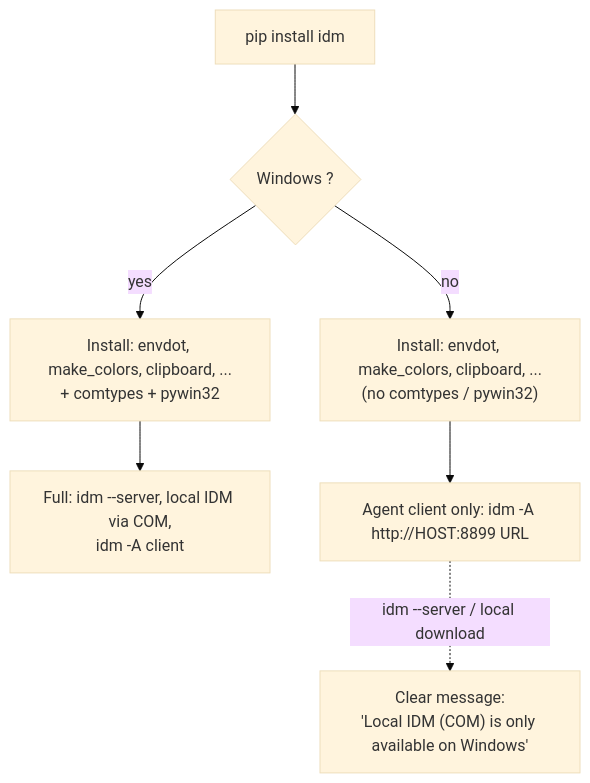
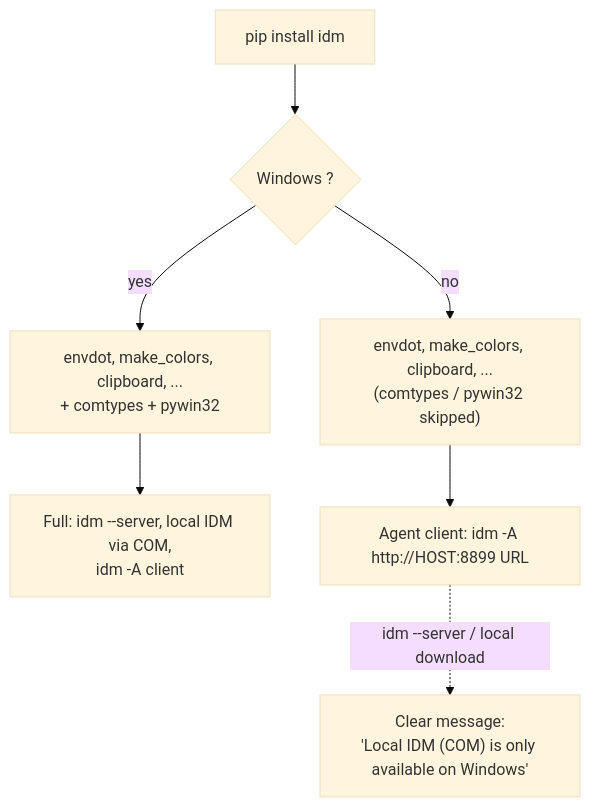
The first of 6 diagrams in README.md (cumulus13/pyidm), drawn with Mermaid (base theme) before and after one commit. The commit also changed other lines of this file and 8 other files, not shown here.

````diff
--- a/README.md
+++ b/README.md
@@ -52,9 +56,9 @@
 ```mermaid
 flowchart TD
     A["pip install idm"] --> B{"Windows ?"}
-    B -- yes --> C["Install: envdot, make_colors, clipboard, ...<br/>+ comtypes + pywin32"]
-    B -- no --> D["Install: envdot, make_colors, clipboard, ...<br/>(no comtypes / pywin32)"]
+    B -- yes --> C["envdot, make_colors, clipboard, ...<br/>+ comtypes + pywin32"]
+    B -- no --> D["envdot, make_colors, clipboard, ...<br/>(comtypes / pywin32 skipped)"]
     C --> E["Full: idm --server, local IDM via COM,<br/>idm -A client"]
-    D --> F["Agent client only: idm -A http://HOST:8899 URL"]
+    D --> F["Agent client: idm -A http://HOST:8899 URL"]
     F -. "idm --server / local download" .-> G["Clear message:<br/>'Local IDM (COM) is only available on Windows'"]
 ```
````
